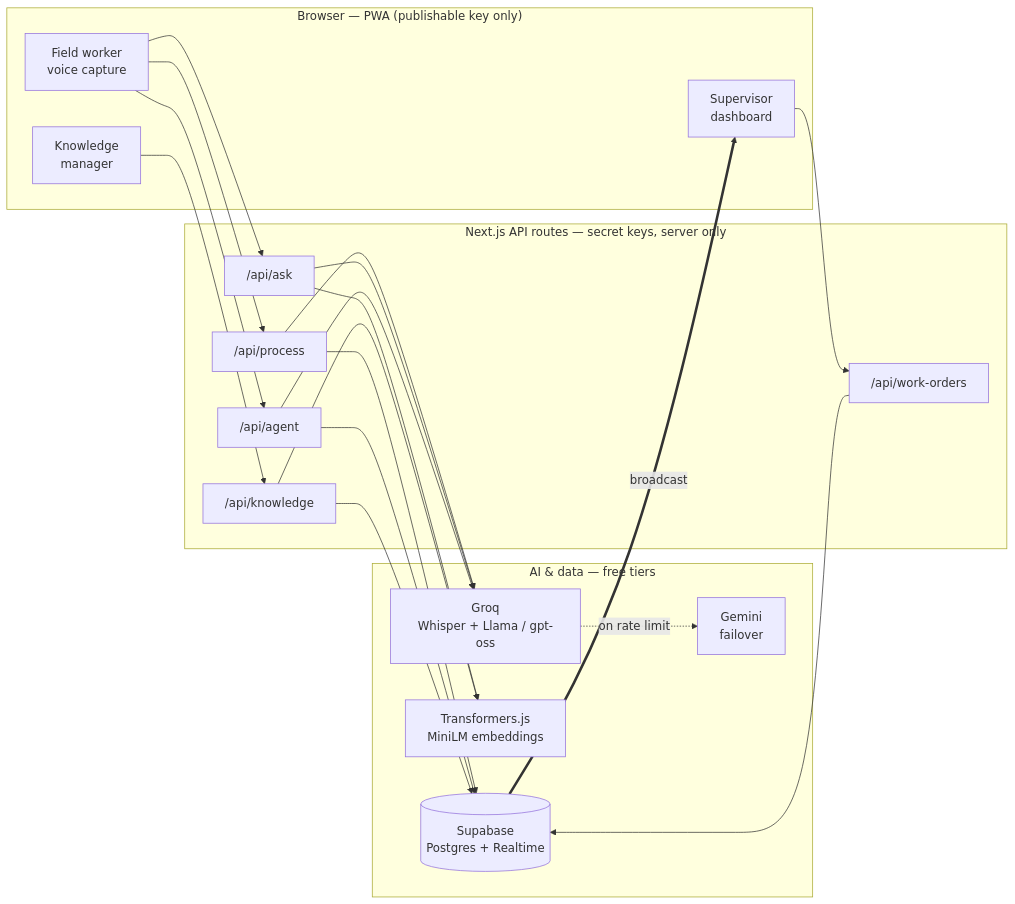
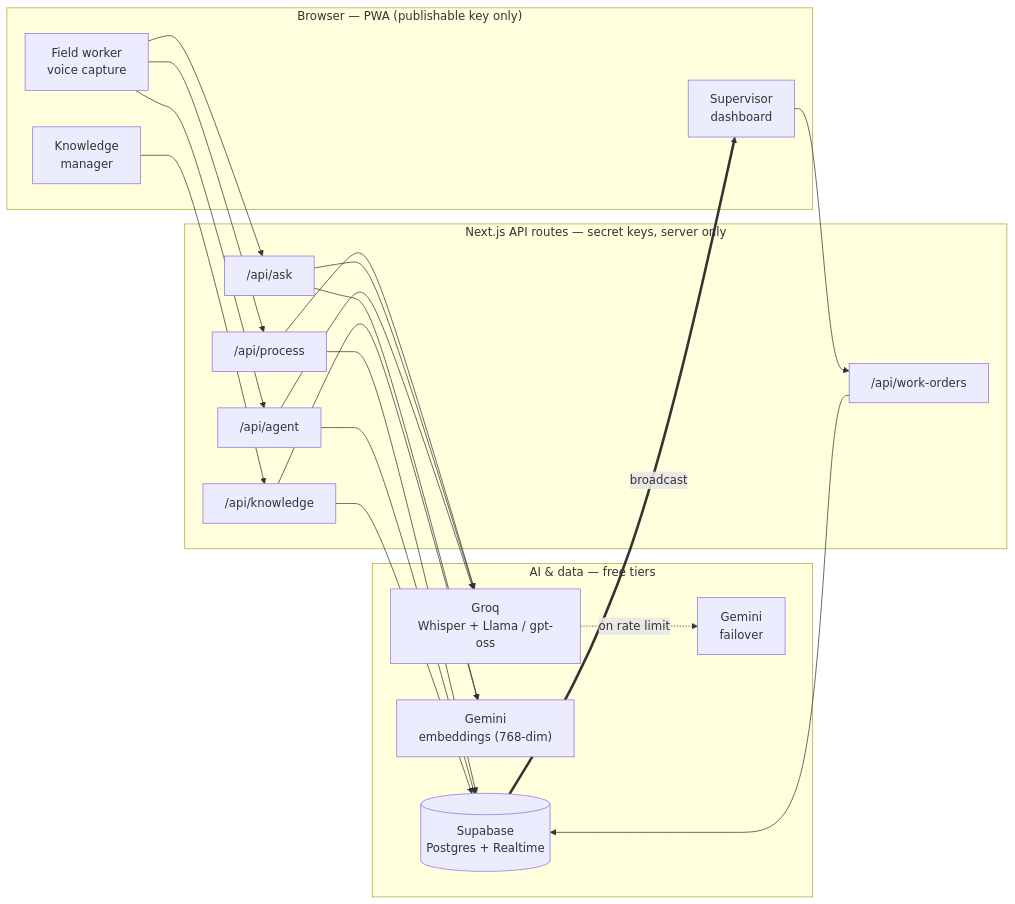
One commit to FSBM/voice-field-assistant changed the first of 4 diagrams in README.md. Above: the diagram before and after it, drawn with Mermaid. The commit also changed other lines of this file and 15 other files, not shown here.

````diff
--- a/README.md
+++ b/README.md
@@ -28,37 +28,37 @@
 ```mermaid
 flowchart LR
   subgraph Browser["Browser — PWA (publishable key only)"]
     W["Field worker<br/>voice capture"]
     D["Supervisor<br/>dashboard"]
     K["Knowledge<br/>manager"]
   end
 
   subgraph Server["Next.js API routes — secret keys, server only"]
     P["/api/process"]
     A["/api/ask"]
     G["/api/agent"]
     KB["/api/knowledge"]
     WO["/api/work-orders"]
   end
 
   subgraph Services["AI & data — free tiers"]
     GR["Groq<br/>Whisper + Llama / gpt-oss"]
     GE["Gemini<br/>failover"]
-    TF["Transformers.js<br/>MiniLM embeddings"]
+    TF["Gemini<br/>embeddings (768-dim)"]
     DB[("Supabase<br/>Postgres + Realtime")]
   end
 
   W --> P & A & G
   K --> KB
   D --> WO
   P --> GR
   A --> GR & TF
   G --> GR
   KB --> TF
   GR -. on rate limit .-> GE
   P --> DB
   G --> DB
   KB --> DB
   WO --> DB
   DB == broadcast ==> D
 ```
````
